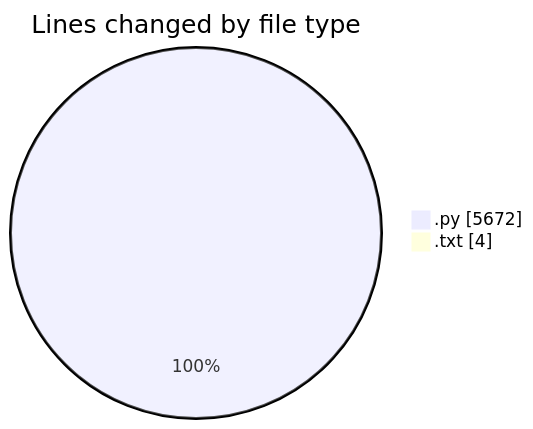
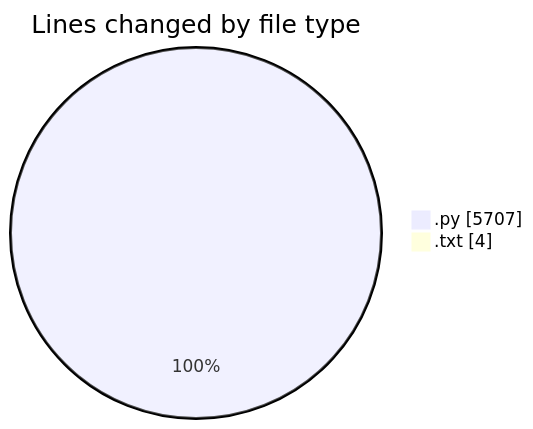
One commit to CELIANVF/code-tracking changed the first of 2 diagrams in 2025-06-01/video_app/README.md. Above: the diagram before and after it, drawn with Mermaid. The commit also changed other lines of this file and 1 other file, not shown here.

````diff
--- a/2025-06-01/video_app/README.md
+++ b/2025-06-01/video_app/README.md
@@ -29,6 +29,6 @@
 ```mermaid
 pie showData
 title Lines changed by file type
-".py" : 5672
+".py" : 5707
 ".txt" : 4
 ```
````
